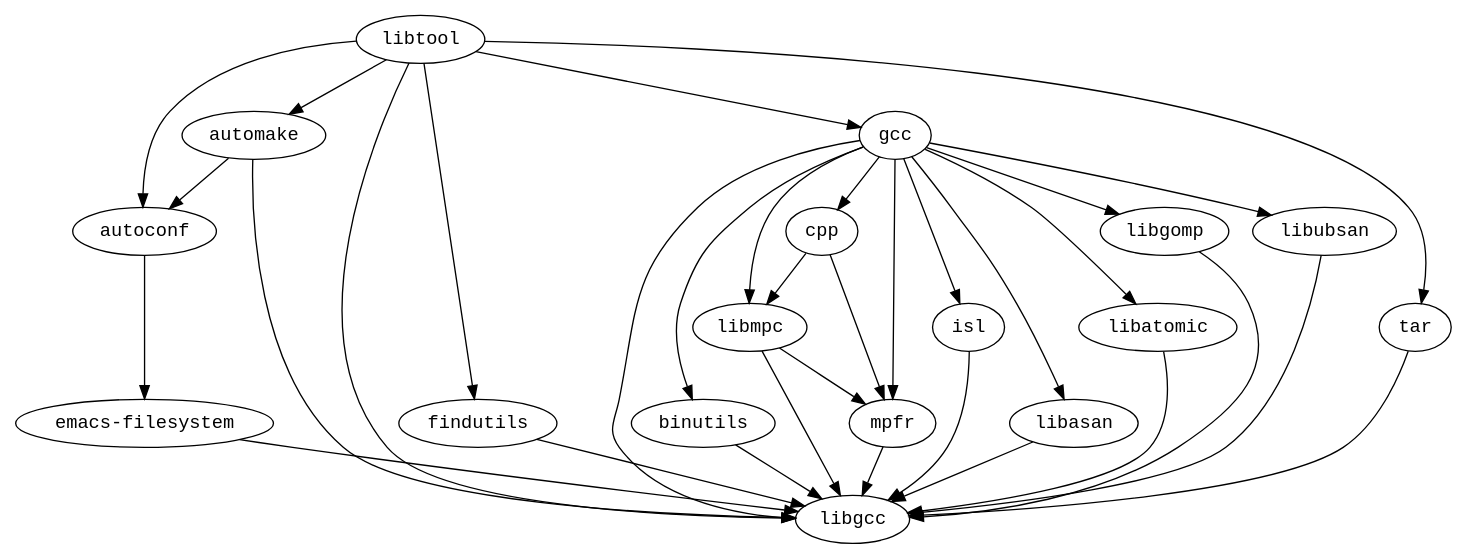
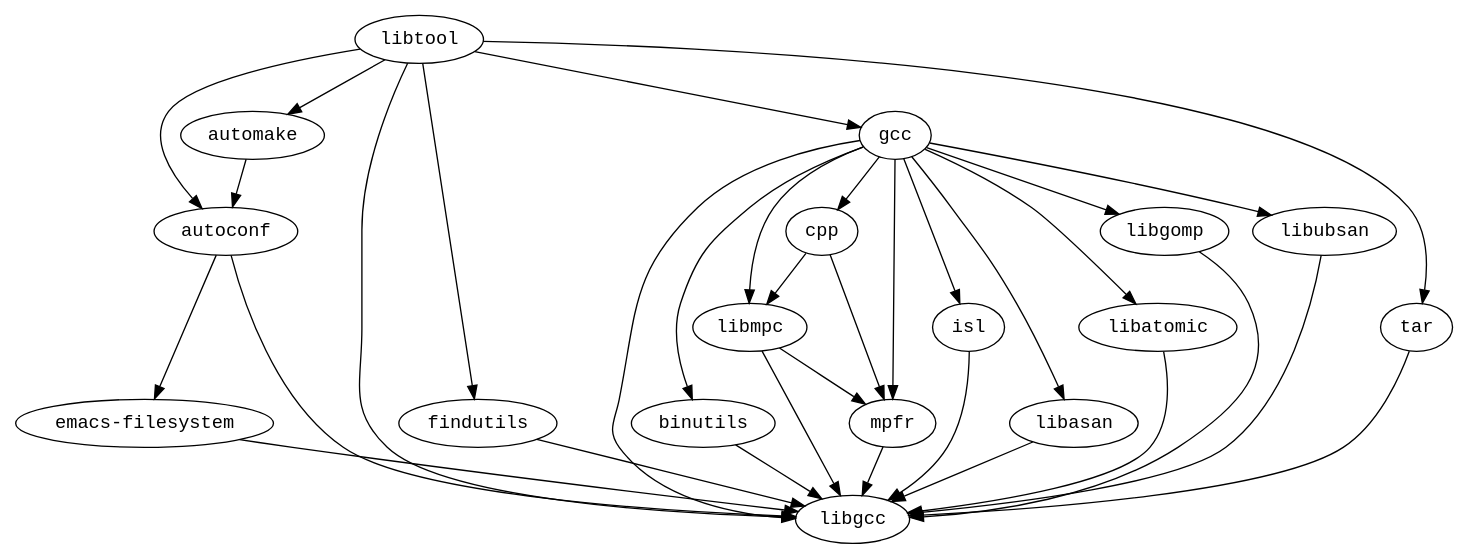
Before and after one commit to fedora-modularity/dependency-report: the diagram in modules/autotools/armv7hl/graph.dot, drawn with Graphviz. The commit also changed 267 other files, not shown here.

```diff
--- a/modules/autotools/armv7hl/graph.dot
+++ b/modules/autotools/armv7hl/graph.dot
@@ -1,36 +1,36 @@
 strict digraph G {
 node [fontname=monospace];
   "autoconf" -> "emacs-filesystem";
+  "autoconf" -> "libgcc";
   "automake" -> "autoconf";
-  "automake" -> "libgcc";
   "binutils" -> "libgcc";
   "cpp" -> "libmpc";
   "cpp" -> "mpfr";
   "emacs-filesystem" -> "libgcc";
   "findutils" -> "libgcc";
   "gcc" -> "binutils";
   "gcc" -> "cpp";
   "gcc" -> "isl";
   "gcc" -> "libasan";
   "gcc" -> "libatomic";
   "gcc" -> "libgcc";
   "gcc" -> "libgomp";
   "gcc" -> "libmpc";
   "gcc" -> "libubsan";
   "gcc" -> "mpfr";
   "isl" -> "libgcc";
   "libasan" -> "libgcc";
   "libatomic" -> "libgcc";
   "libgomp" -> "libgcc";
   "libmpc" -> "libgcc";
   "libmpc" -> "mpfr";
   "libtool" -> "autoconf";
   "libtool" -> "automake";
   "libtool" -> "findutils";
   "libtool" -> "gcc";
   "libtool" -> "libgcc";
   "libtool" -> "tar";
   "libubsan" -> "libgcc";
   "mpfr" -> "libgcc";
   "tar" -> "libgcc";
 }
```
